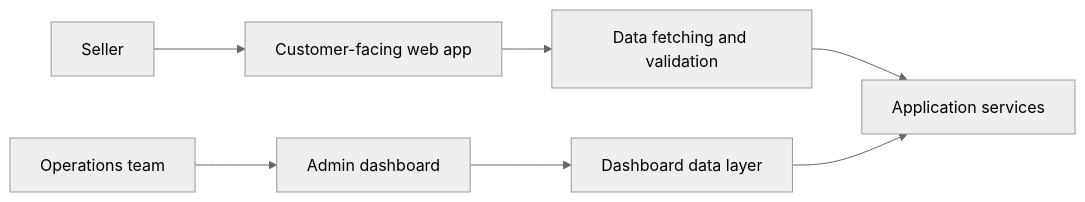
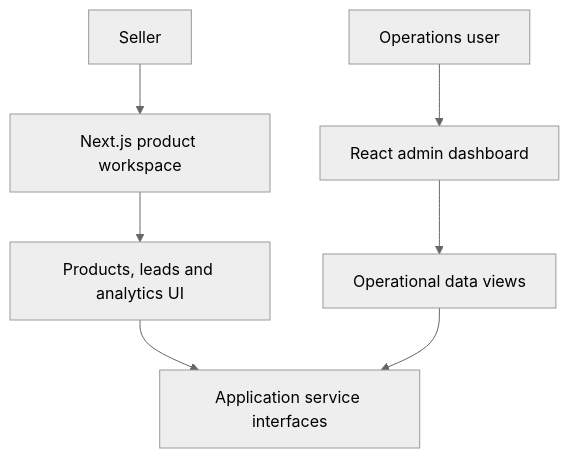
The diagram in portfolio/case-studies/modern-product-platform.md (Abi0l9/Abi0l9), drawn with Mermaid (neutral theme) before and after one commit. The commit also changed other lines of this file, not shown here.

Commit message:
docs(portfolio): expand Traffmint technical case study from inspected product modules

````diff
--- a/portfolio/case-studies/modern-product-platform.md
+++ b/portfolio/case-studies/modern-product-platform.md
@@ -24,9 +29,9 @@
 ```mermaid
-flowchart LR
-  S["Seller"] --> W["Customer-facing web app"]
-  O["Operations team"] --> A["Admin dashboard"]
-  W --> D["Data fetching and validation"]
-  A --> E["Dashboard data layer"]
-  D --> F["Application services"]
-  E --> F
+flowchart TB
+    S["Seller"] --> P["Next.js product workspace"]
+    O["Operations user"] --> A["React admin dashboard"]
+    P --> M["Products, leads and analytics UI"]
+    A --> R["Operational data views"]
+    M --> B["Application service interfaces"]
+    R --> B
 ```
````
